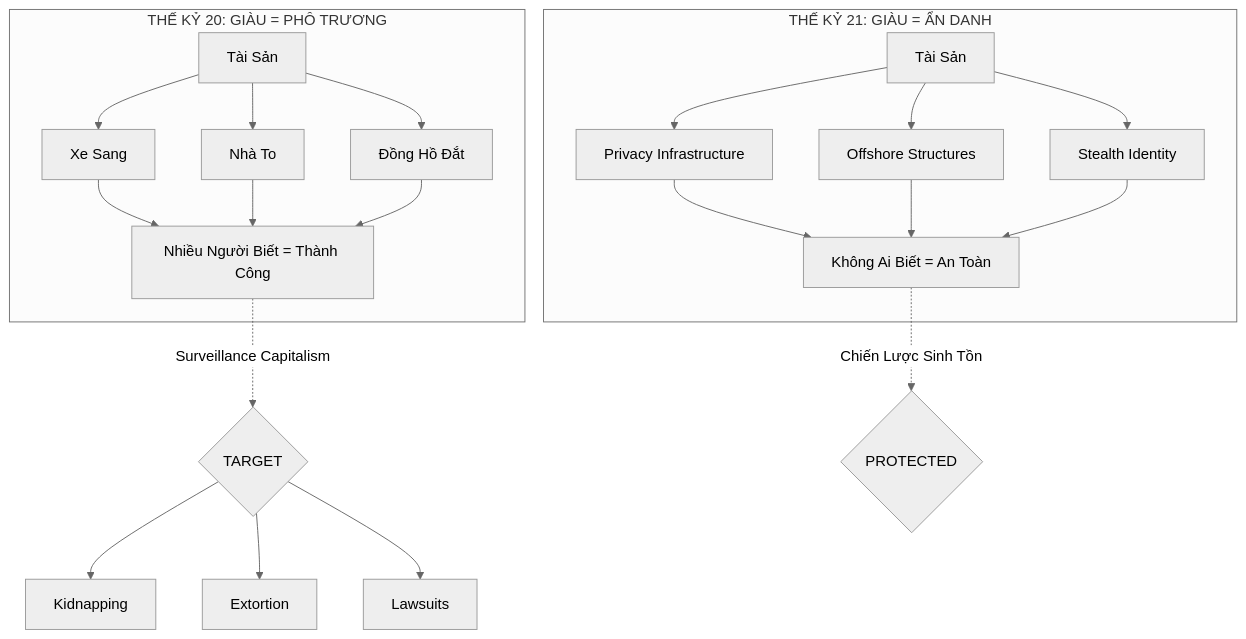
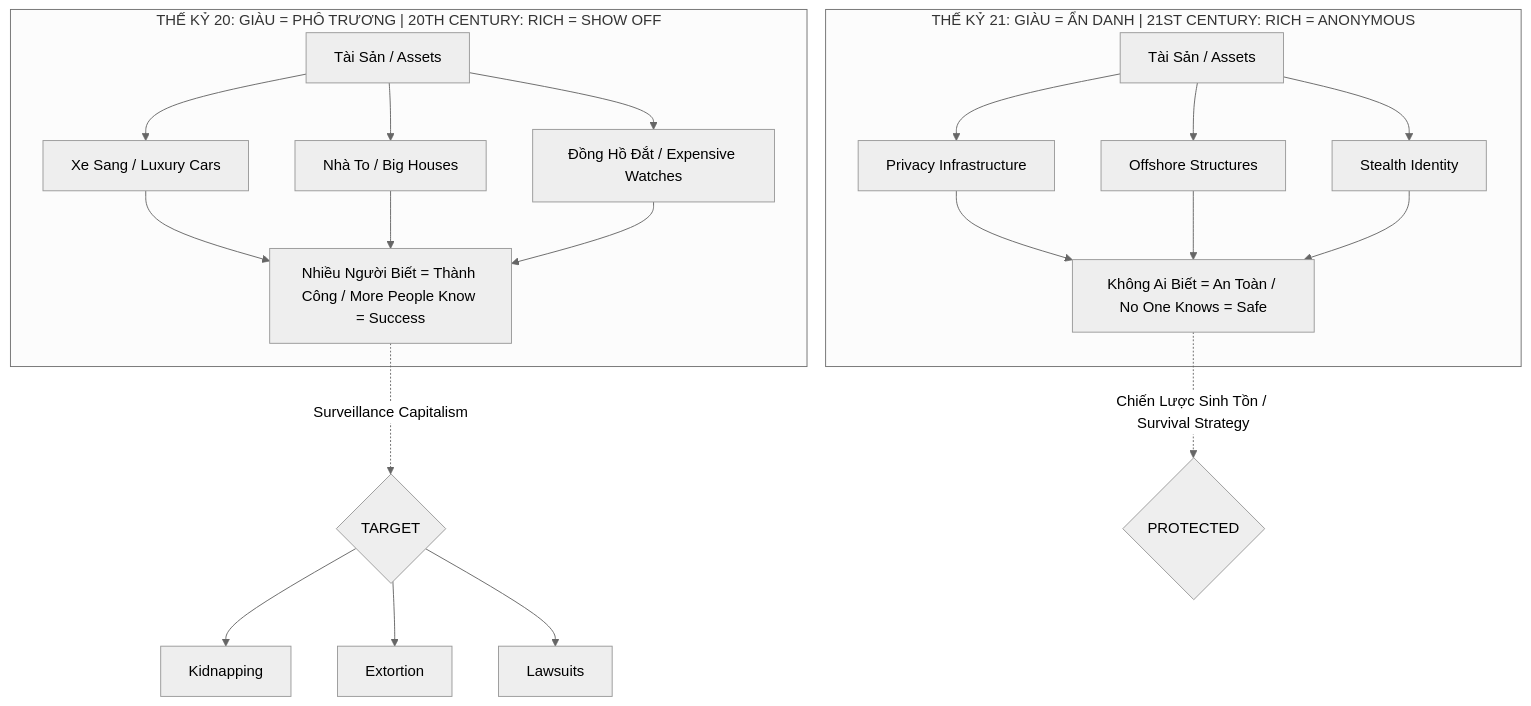
One commit to dyukahi/knowledge changed the first of 4 diagrams in mental-models/Privacy Is The New Wealth.md. Above: the diagram before and after it, drawn with Mermaid (neutral theme). The commit also changed other lines of this file and 3 other files, not shown here.

````diff
--- a/mental-models/Privacy Is The New Wealth.md
+++ b/mental-models/Privacy Is The New Wealth.md
@@ -15,23 +20,23 @@
 ```mermaid
 graph TD
-    subgraph "THẾ KỶ 20: GIÀU = PHÔ TRƯƠNG"
-        A[Tài Sản] --> B[Xe Sang]
-        A --> C[Nhà To]
-        A --> D[Đồng Hồ Đắt]
-        B & C & D --> E[Nhiều Người Biết = Thành Công]
+    subgraph "THẾ KỶ 20: GIÀU = PHÔ TRƯƠNG | 20TH CENTURY: RICH = SHOW OFF"
+        A[Tài Sản / Assets] --> B[Xe Sang / Luxury Cars]
+        A --> C[Nhà To / Big Houses]
+        A --> D[Đồng Hồ Đắt / Expensive Watches]
+        B & C & D --> E[Nhiều Người Biết = Thành Công / More People Know = Success]
     end
     
-    subgraph "THẾ KỶ 21: GIÀU = ẨN DANH"
-        F[Tài Sản] --> G[Privacy Infrastructure]
+    subgraph "THẾ KỶ 21: GIÀU = ẨN DANH | 21ST CENTURY: RICH = ANONYMOUS"
+        F[Tài Sản / Assets] --> G[Privacy Infrastructure]
         F --> H[Offshore Structures]
         F --> I[Stealth Identity]
-        G & H & I --> J[Không Ai Biết = An Toàn]
+        G & H & I --> J[Không Ai Biết = An Toàn / No One Knows = Safe]
     end
     
     E -.->|"Surveillance Capitalism"| K{TARGET}
-    J -.->|"Chiến Lược Sinh Tồn"| L{PROTECTED}
+    J -.->|"Chiến Lược Sinh Tồn / Survival Strategy"| L{PROTECTED}
     
     K --> M[Kidnapping]
     K --> N[Extortion]
     K --> O[Lawsuits]
 ```
````
